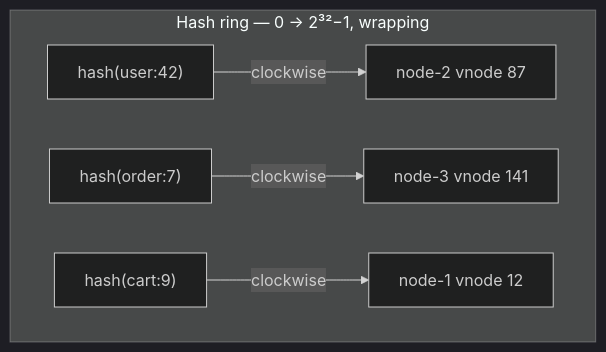
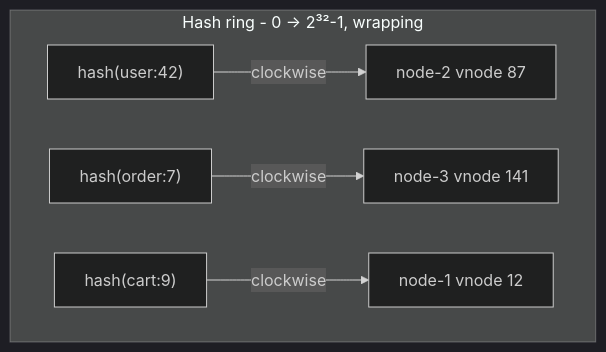
One commit to jawadiqbal/coda-home-assignment changed the second of 2 diagrams in roadmap_plan.md. Above: the diagram before and after it, drawn with Mermaid (dark theme). The commit also changed other lines of this file, not shown here.

````diff
--- a/roadmap_plan.md
+++ b/roadmap_plan.md
@@ -120,9 +120,9 @@
 ```mermaid
 flowchart LR
-  subgraph ring ["Hash ring — 0 → 2³²−1, wrapping"]
+  subgraph ring ["Hash ring - 0 → 2³²-1, wrapping"]
     direction LR
     K1["hash(user:42)"] -->|clockwise| V1["node-2 vnode 87"]
     K2["hash(order:7)"] -->|clockwise| V2["node-3 vnode 141"]
     K3["hash(cart:9)"] -->|clockwise| V3["node-1 vnode 12"]
   end
 ```
````
